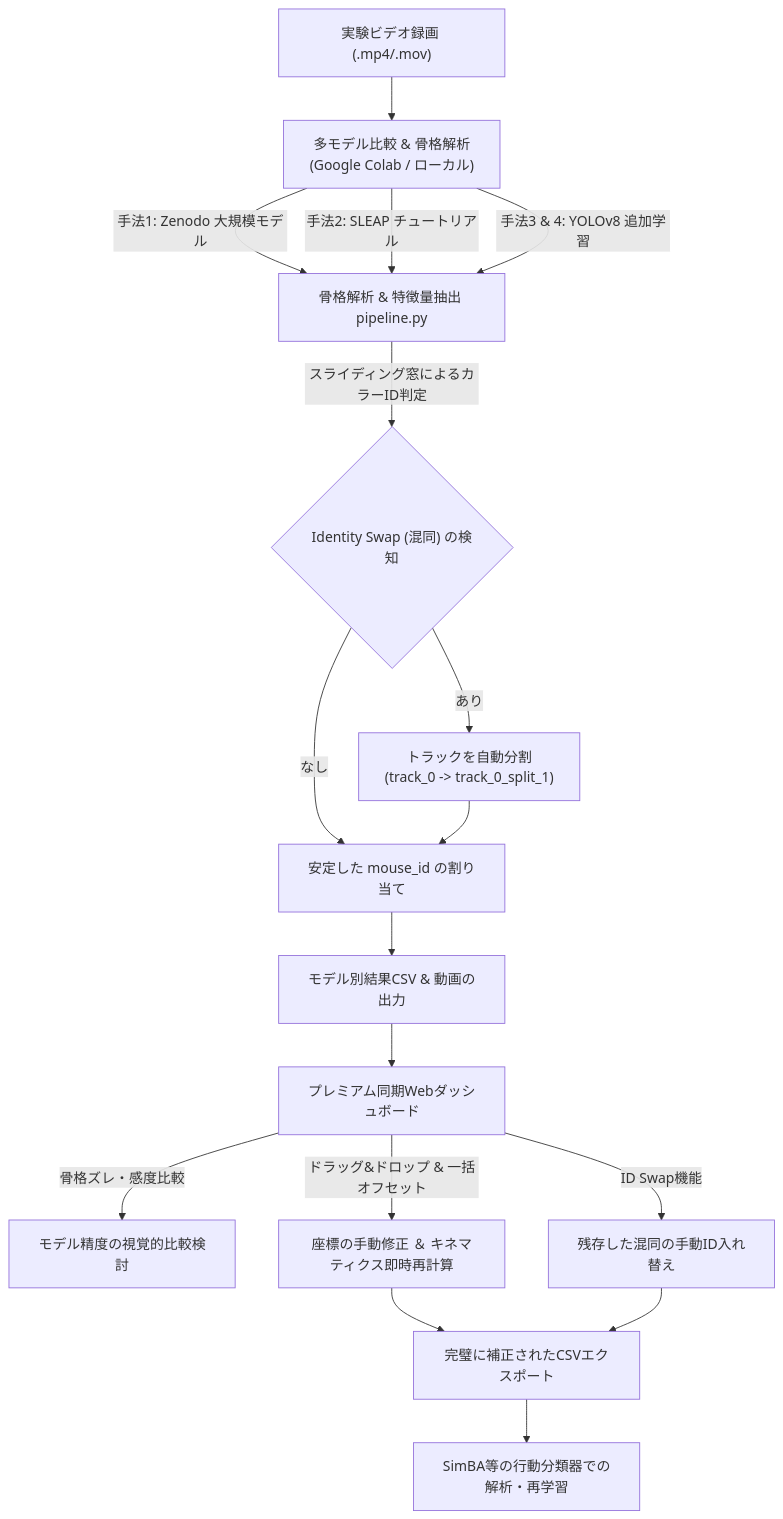
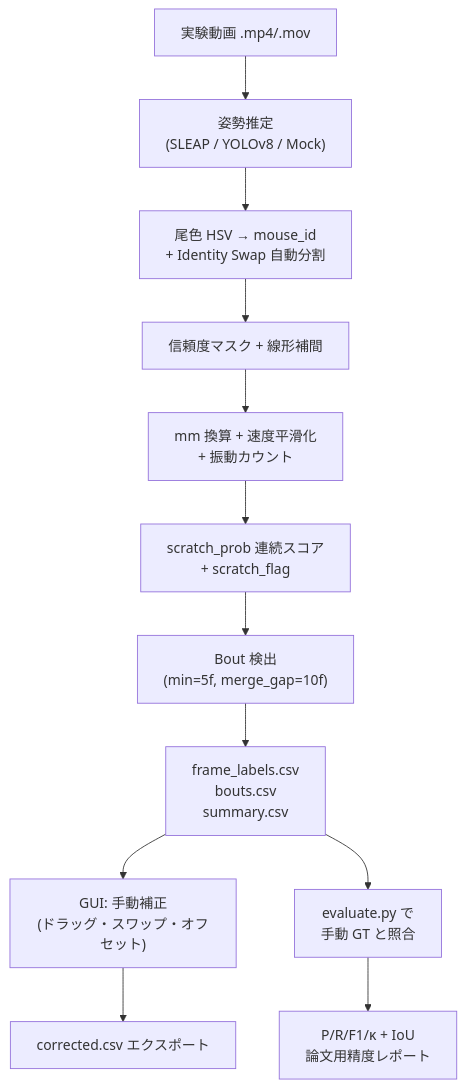
Before and after one commit to saruko/Scratching-behavior: the diagram in README.md, drawn with Mermaid. The commit also changed other lines of this file and 8 other files, not shown here.

````diff
--- a/README.md
+++ b/README.md
@@ -15,19 +56,14 @@
 ```mermaid
 graph TD
-    A["実験ビデオ録画 (.mp4/.mov)"] --> B["多モデル比較 & 骨格解析<br>(Google Colab / ローカル)"]
-    B -->|手法1: Zenodo 大規模モデル| C["骨格解析 & 特徴量抽出 pipeline.py"]
-    B -->|手法2: SLEAP チュートリアル| C
-    B -->|手法3 & 4: YOLOv8 追加学習| C
-    C -->|スライディング窓によるカラーID判定| D{"Identity Swap (混同) の検知"}
-    D -->|あり| E["トラックを自動分割<br>(track_0 -> track_0_split_1)"]
-    D -->|なし| F["安定した mouse_id の割り当て"]
-    E --> F
-    F --> G["モデル別結果CSV & 動画の出力"]
-    G --> H["プレミアム同期Webダッシュボード"]
-    H -->|骨格ズレ・感度比較| I["モデル精度の視覚的比較検討"]
-    H -->|ドラッグ&ドロップ & 一括オフセット| J["座標の手動修正 ＆ キネマティクス即時再計算"]
-    H -->|ID Swap機能| K["残存した混同の手動ID入れ替え"]
-    J --> L["完璧に補正されたCSVエクスポート"]
-    K --> L
-    L --> M["SimBA等の行動分類器での解析・再学習"]
+    A["実験動画 .mp4/.mov"] --> B["姿勢推定<br>(SLEAP / YOLOv8 / Mock)"]
+    B --> C["尾色 HSV → mouse_id<br>+ Identity Swap 自動分割"]
+    C --> D["信頼度マスク + 線形補間"]
+    D --> E["mm 換算 + 速度平滑化<br>+ 振動カウント"]
+    E --> F["scratch_prob 連続スコア<br>+ scratch_flag"]
+    F --> G["Bout 検出<br>(min=5f, merge_gap=10f)"]
+    G --> H["frame_labels.csv<br>bouts.csv<br>summary.csv"]
+    H --> I["GUI: 手動補正<br>(ドラッグ・スワップ・オフセット)"]
+    I --> J["corrected.csv エクスポート"]
+    H --> K["evaluate.py で<br>手動 GT と照合"]
+    K --> L["P/R/F1/κ + IoU<br>論文用精度レポート"]
 ```
````
